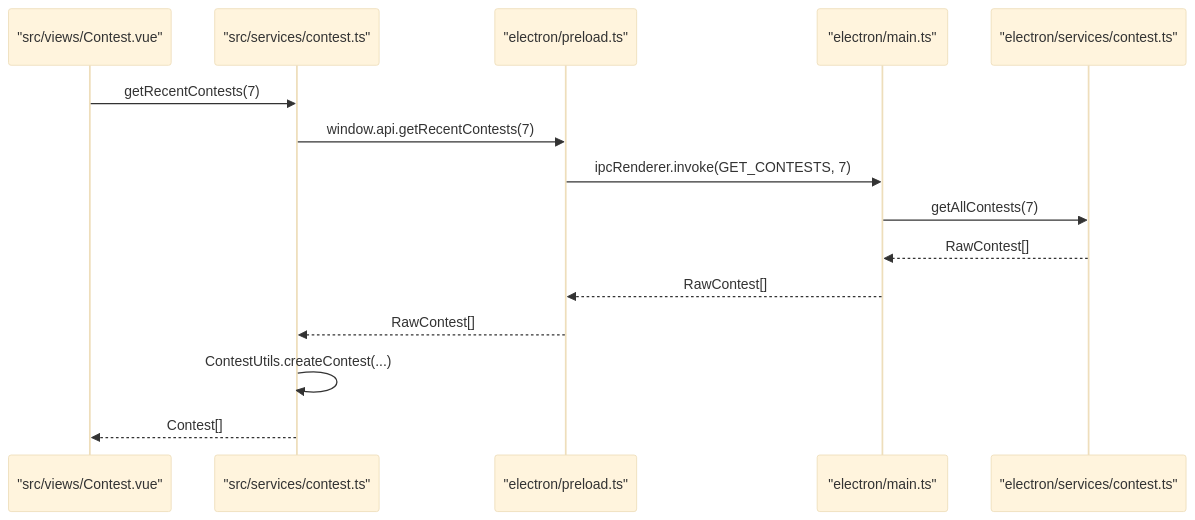
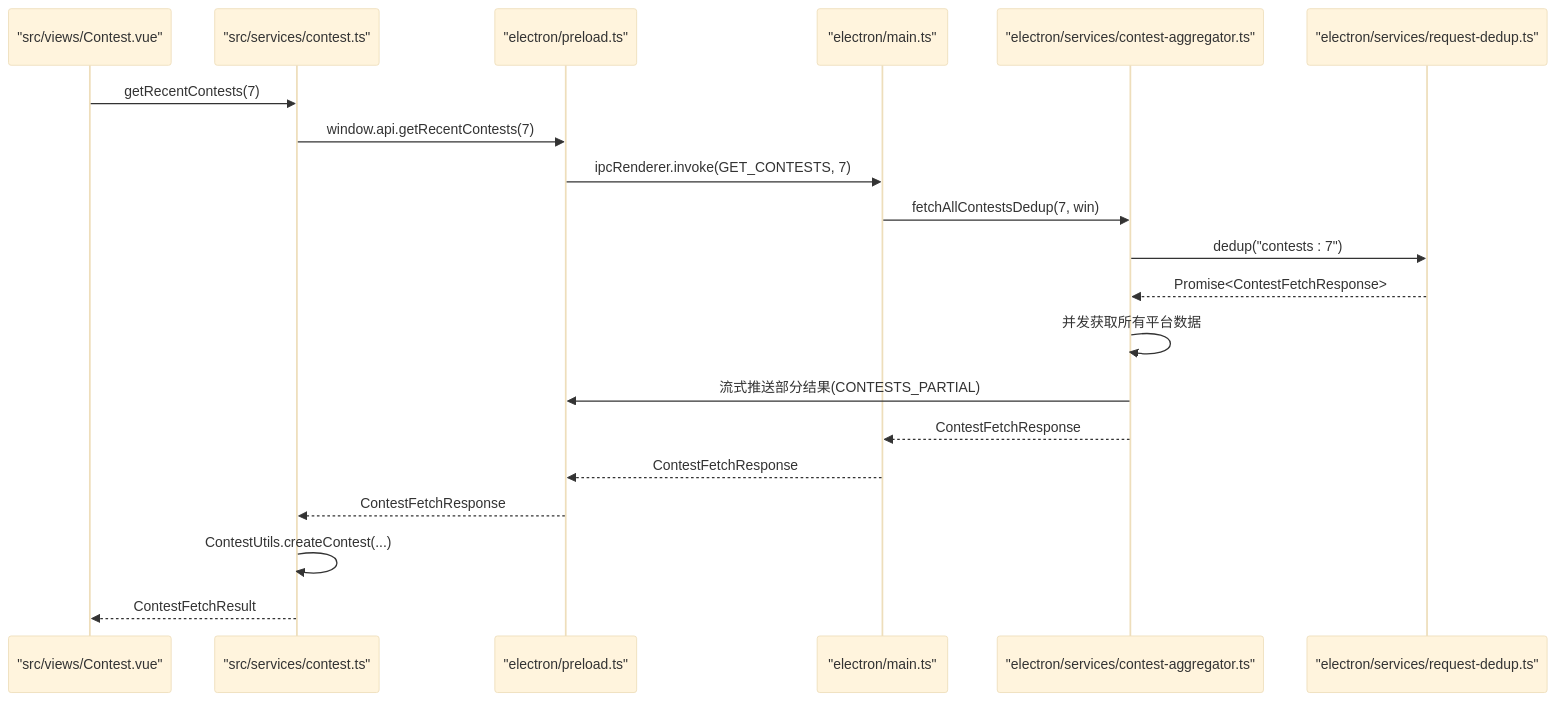
The seventh of 7 diagrams in .qoder/repowiki/zh/content/API参考/服务层API/服务层API.md (Siborne/OJFlow), drawn with Mermaid (base theme) before and after one commit. The commit also changed other lines of this file and 23 other files, not shown here.

````diff
--- a/.qoder/repowiki/zh/content/API参考/服务层API/服务层API.md
+++ b/.qoder/repowiki/zh/content/API参考/服务层API/服务层API.md
@@ -474,17 +517,22 @@
 ```mermaid
 sequenceDiagram
 participant View as "src/views/Contest.vue"
 participant Ctl as "src/services/contest.ts"
 participant Pre as "electron/preload.ts"
 participant Main as "electron/main.ts"
-participant Svc as "electron/services/contest.ts"
+participant Agg as "electron/services/contest-aggregator.ts"
+participant Dedup as "electron/services/request-dedup.ts"
 View->>Ctl : getRecentContests(7)
 Ctl->>Pre : window.api.getRecentContests(7)
 Pre->>Main : ipcRenderer.invoke(GET_CONTESTS, 7)
-Main->>Svc : getAllContests(7)
-Svc-->>Main : RawContest[]
-Main-->>Pre : RawContest[]
-Pre-->>Ctl : RawContest[]
+Main->>Agg : fetchAllContestsDedup(7, win)
+Agg->>Dedup : dedup("contests : 7")
+Dedup-->>Agg : Promise<ContestFetchResponse>
+Agg->>Agg : 并发获取所有平台数据
+Agg->>Pre : 流式推送部分结果(CONTESTS_PARTIAL)
+Agg-->>Main : ContestFetchResponse
+Main-->>Pre : ContestFetchResponse
+Pre-->>Ctl : ContestFetchResponse
 Ctl->>Ctl : ContestUtils.createContest(...)
-Ctl-->>View : Contest[]
+Ctl-->>View : ContestFetchResult
 ```
````
